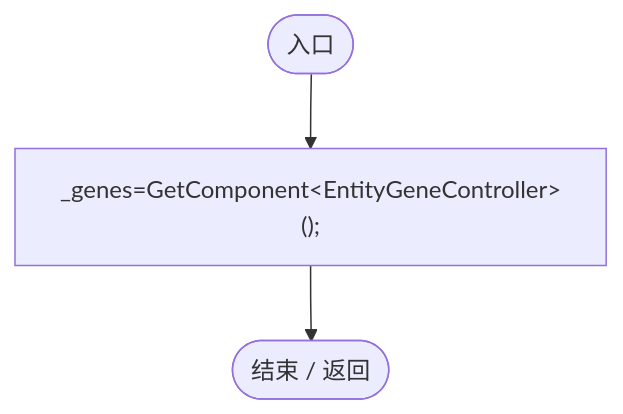
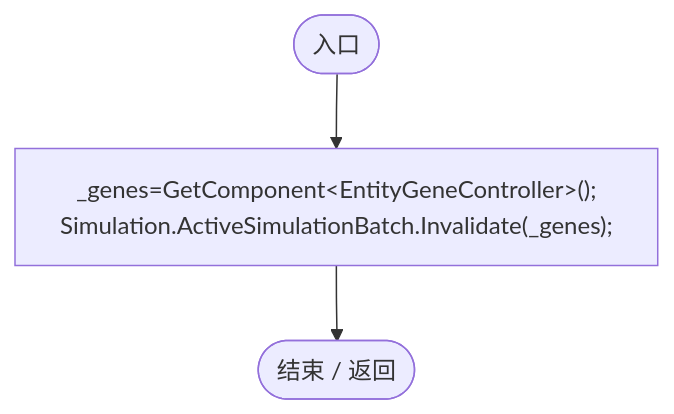
The third of 9 diagrams in Docs/运行流程图/脚本/cac3b6501f41ca35.md (xhs6666/Darwin_paradise), drawn with Mermaid before and after one commit. The commit also changed other lines of this file and 240 other files, not shown here.

Commit message:
Optimize active simulation and streamline rule and gene controls

````diff
--- a/Docs/运行流程图/脚本/cac3b6501f41ca35.md
+++ b/Docs/运行流程图/脚本/cac3b6501f41ca35.md
@@ -59,9 +59,9 @@
 ```mermaid
 flowchart TD
   b0(["入口"])
-  b1["_genes=GetComponent&lt;EntityGeneController&gt;();"]
+  b1["_genes=GetComponent&lt;EntityGeneController&gt;();<br/>Simulation.ActiveSimulationBatch.Invalidate(_genes);"]
   b2(["结束 / 返回"])
   b0 --> b1
   b1 --> b2
 
 ```
````
